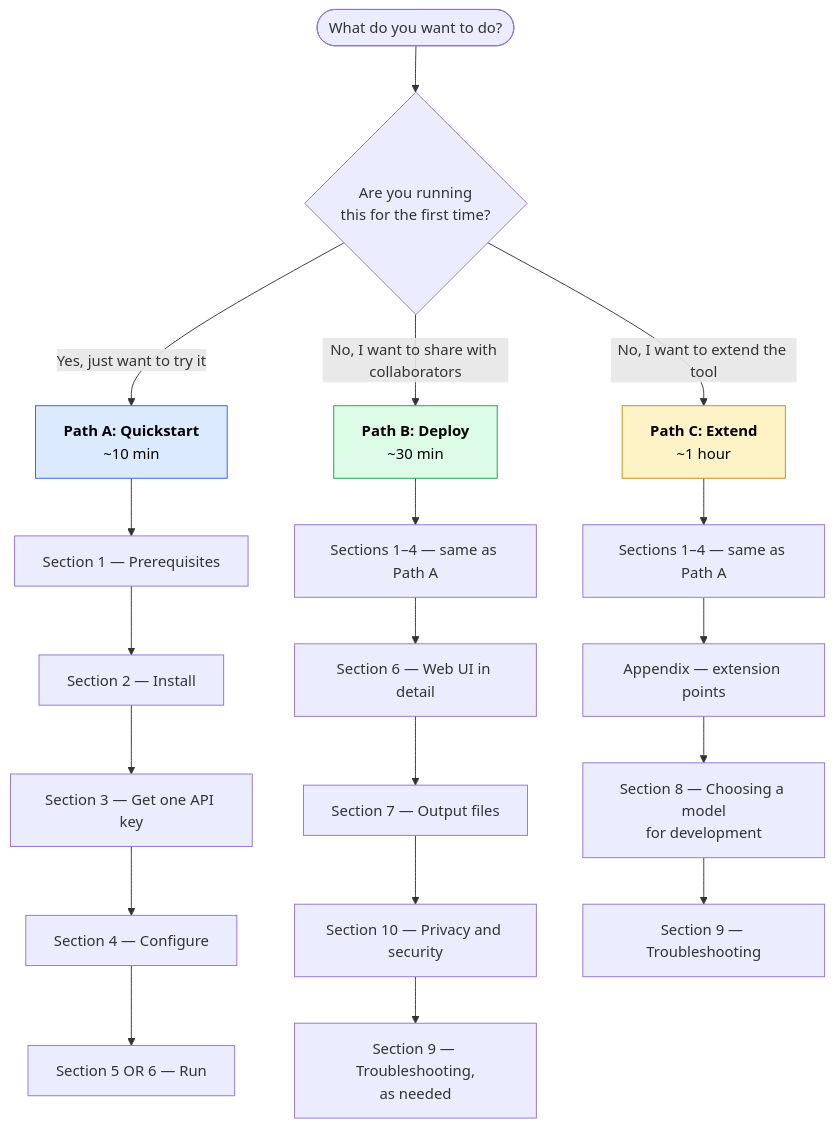
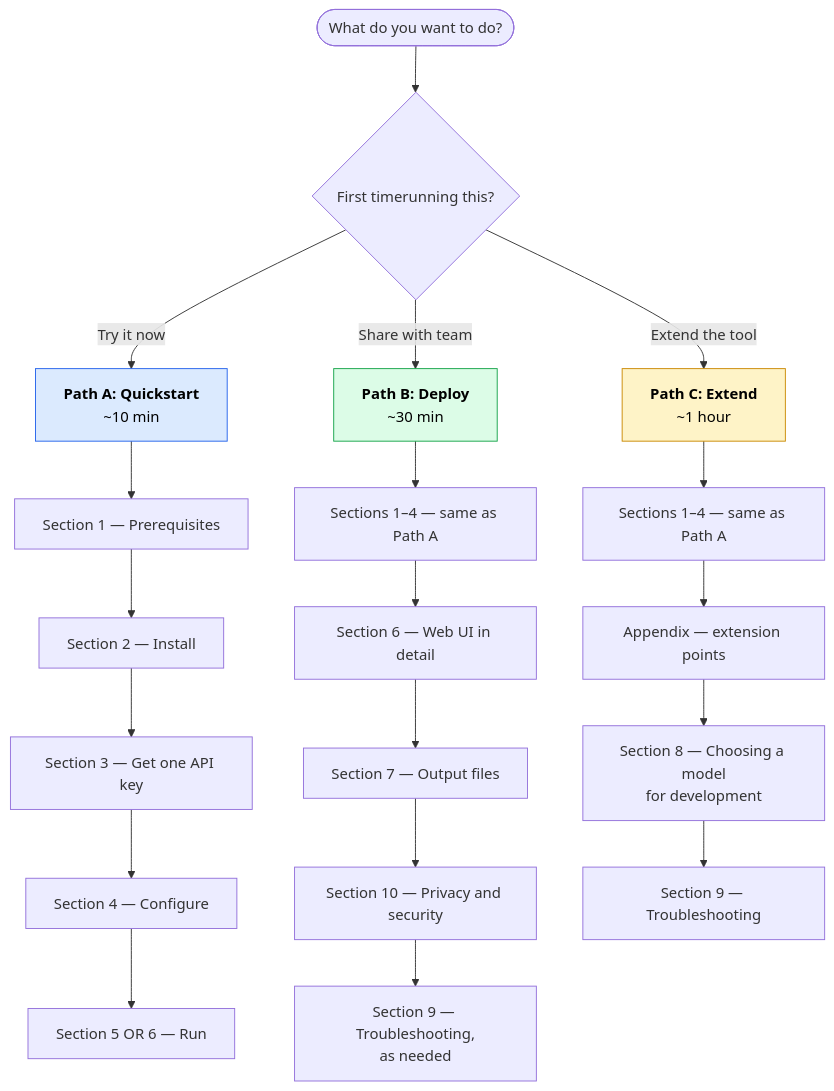
Before and after one commit to UM-KevinHe/mainger-agent: the diagram in TUTORIAL.md, drawn with Mermaid.

Commit message:
Update tutorial flowchart wording for clarity

````diff
--- a/TUTORIAL.md
+++ b/TUTORIAL.md
@@ -22,32 +22,32 @@
 ```mermaid
 flowchart TD
-    Start([What do you want to do?]) --> Q1{Are you running<br/>this for the first time?}
+    Start([What do you want to do?]) --> Q1{First timerunning this?}
 
-    Q1 -->|Yes, just want to try it| TryPath
-    Q1 -->|No, I want to share with collaborators| DeployPath
-    Q1 -->|No, I want to extend the tool| ContribPath
+    Q1 -->|Try it now| TryPath
+    Q1 -->|Share with team| DeployPath
+    Q1 -->|Extend the tool| ContribPath
 
     TryPath[<b>Path A: Quickstart</b><br/>~10 min]
     TryPath --> S1[Section 1 — Prerequisites]
     S1 --> S2[Section 2 — Install]
     S2 --> S3a[Section 3 — Get one API key]
     S3a --> S4[Section 4 — Configure]
     S4 --> S5[Section 5 OR 6 — Run]
 
     DeployPath[<b>Path B: Deploy</b><br/>~30 min]
     DeployPath --> SAll[Sections 1–4 — same as Path A]
     SAll --> S6[Section 6 — Web UI in detail]
     S6 --> S7[Section 7 — Output files]
     S7 --> S10[Section 10 — Privacy and security]
     S10 --> S9[Section 9 — Troubleshooting,<br/>as needed]
 
     ContribPath[<b>Path C: Extend</b><br/>~1 hour]
     ContribPath --> SAllC[Sections 1–4 — same as Path A]
     SAllC --> SAppendix[Appendix — extension points]
     SAppendix --> S8[Section 8 — Choosing a model<br/>for development]
     S8 --> S9c[Section 9 — Troubleshooting]
 
     style TryPath fill:#dbeafe,stroke:#2563eb,color:#000
     style DeployPath fill:#dcfce7,stroke:#16a34a,color:#000
     style ContribPath fill:#fef3c7,stroke:#ca8a04,color:#000
 ```
````
